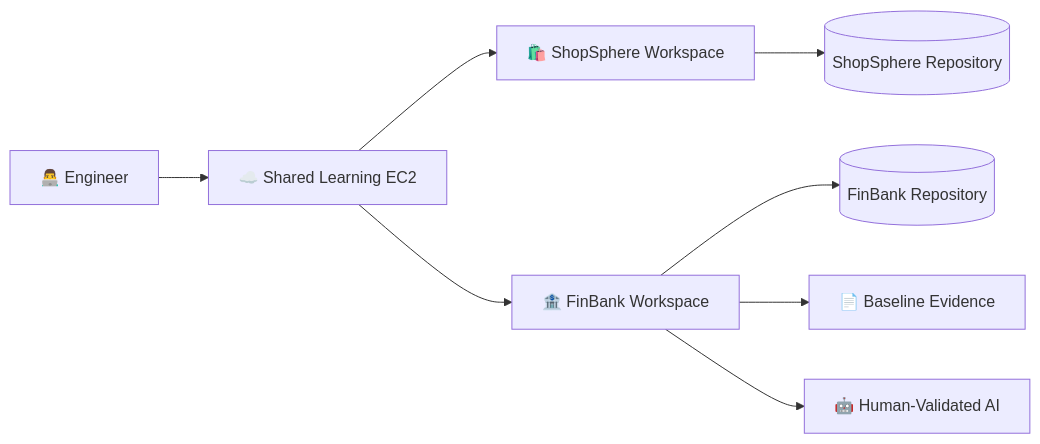
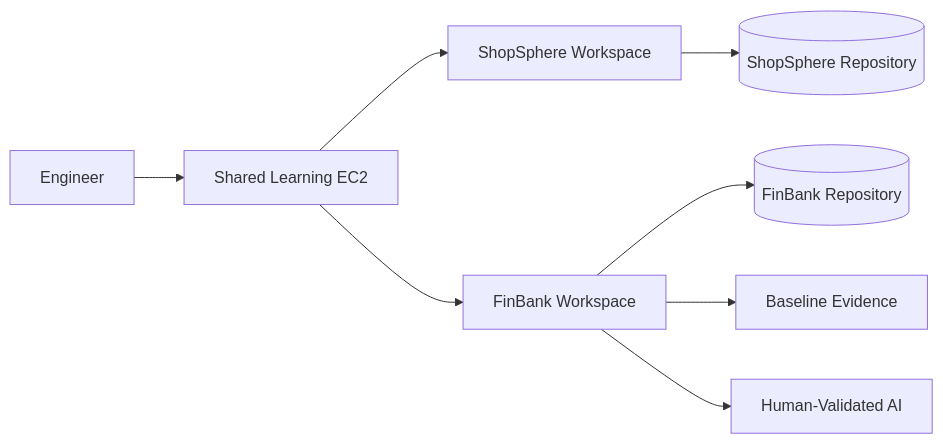
Before and after one commit to stocksdetailsteja-arch/FinBank-AI-DevSecOps: the diagram in days/Day001/README.md, drawn with Mermaid. The commit also changed other lines of this file and 20 other files, not shown here.

````diff
--- a/days/Day001/README.md
+++ b/days/Day001/README.md
@@ -62,10 +58,10 @@
 ```mermaid
 flowchart LR
-  E[👨‍💻 Engineer] --> H[☁️ Shared Learning EC2]
-  H --> S[🛍️ ShopSphere Workspace]
-  H --> F[🏦 FinBank Workspace]
+  E[Engineer] --> H[Shared Learning EC2]
+  H --> S[ShopSphere Workspace]
+  H --> F[FinBank Workspace]
   S --> SR[(ShopSphere Repository)]
   F --> FR[(FinBank Repository)]
-  F --> EV[📄 Baseline Evidence]
-  F --> AI[🤖 Human-Validated AI]
+  F --> EV[Baseline Evidence]
+  F --> AI[Human-Validated AI]
 ```
````
